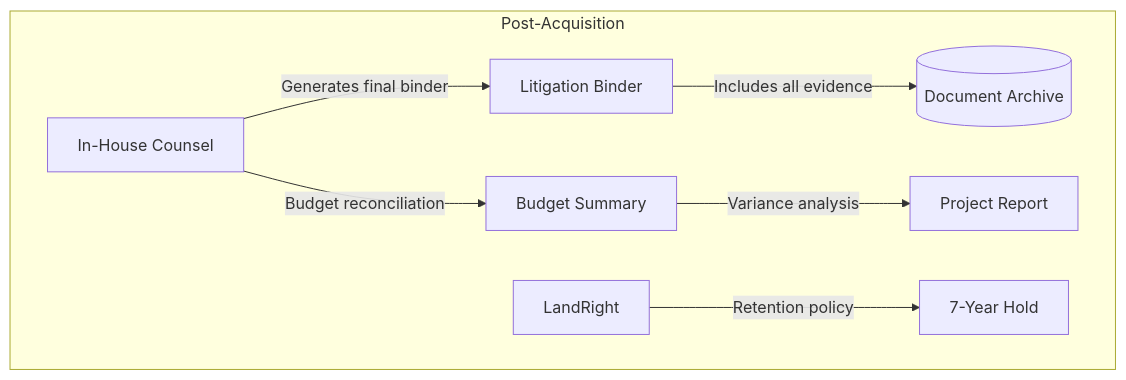
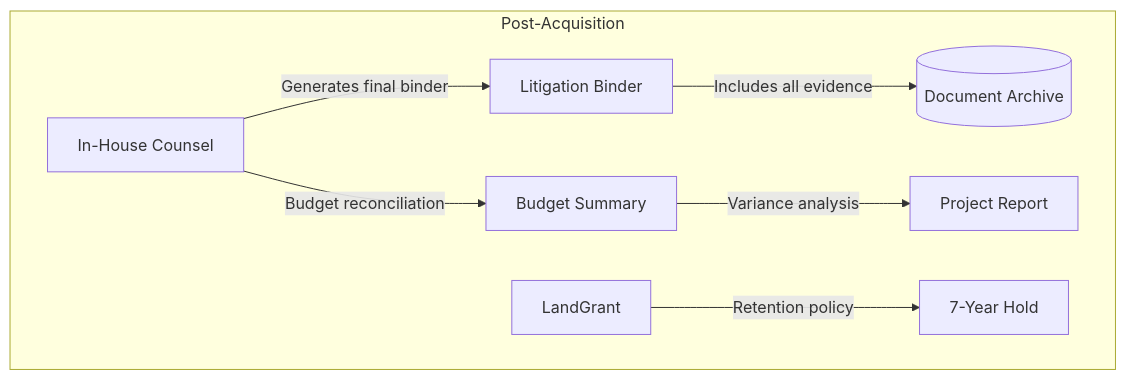
One commit to bennieking05/landgrant-mono changed the eighth of 9 diagrams in docs/eminent-domain-workflow.md. Above: the diagram before and after it, drawn with Mermaid. The commit also changed other lines of this file and 272 other files, not shown here.

First line of the commit message:
Rebrand to LandGrant and ship Phase 2/3 platform hardening

````diff
--- a/docs/eminent-domain-workflow.md
+++ b/docs/eminent-domain-workflow.md
@@ -328,12 +328,12 @@
 ```mermaid
 flowchart TD
     subgraph post [Post-Acquisition]
         Counsel[In-House Counsel] -->|Generates final binder| Binder[Litigation Binder]
         Binder -->|Includes all evidence| Archive[(Document Archive)]
         
         Counsel -->|Budget reconciliation| Budget[Budget Summary]
         Budget -->|Variance analysis| Report[Project Report]
         
-        System[LandRight] -->|Retention policy| Retention[7-Year Hold]
+        System[LandGrant] -->|Retention policy| Retention[7-Year Hold]
     end
 ```
````
